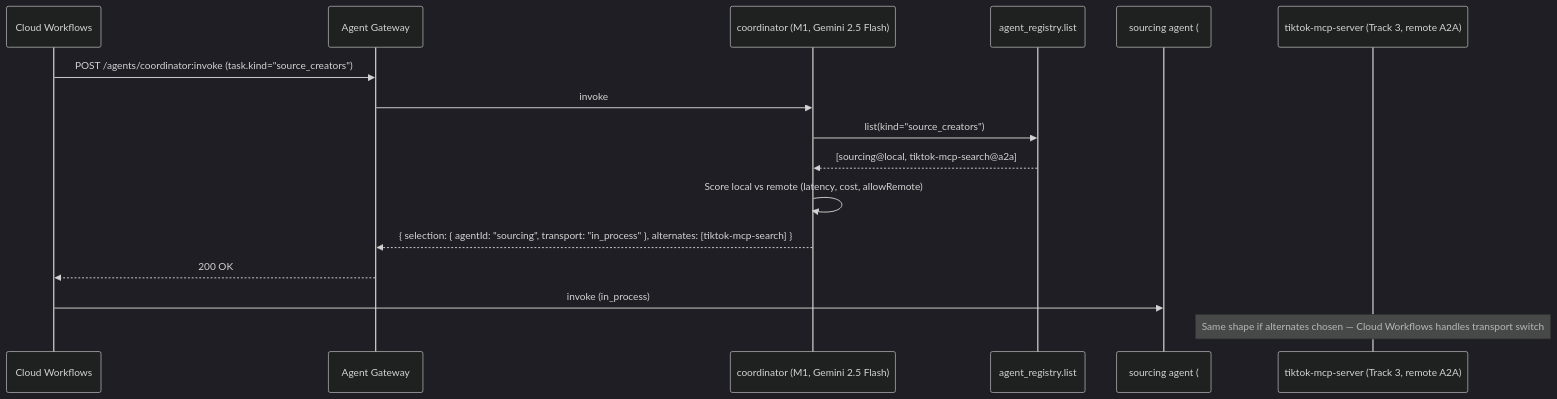
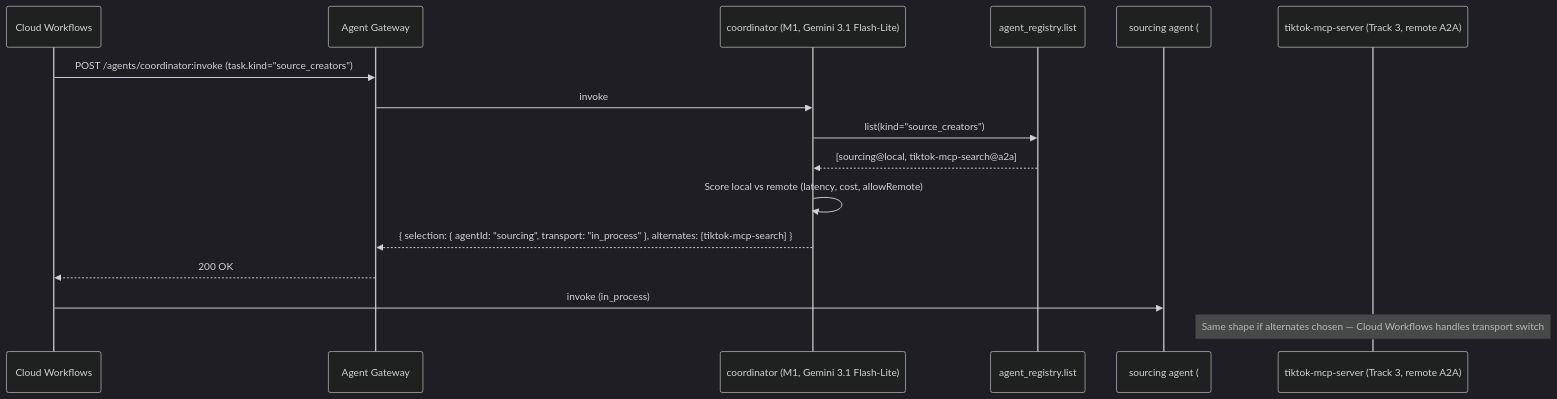
The diagram in gcp-research/specs/tier2/coordinator.spec.md (Two-Weeks-Team/social-seeding-v2-public), drawn with Mermaid (dark theme) before and after one commit. The commit also changed other lines of this file and 30 other files, not shown here.

````diff
--- a/gcp-research/specs/tier2/coordinator.spec.md
+++ b/gcp-research/specs/tier2/coordinator.spec.md
@@ -137,19 +137,19 @@
 ```mermaid
 sequenceDiagram
   participant WF as Cloud Workflows
   participant AG as Agent Gateway
-  participant CO as coordinator (M1, Gemini 2.5 Flash)
+  participant CO as coordinator (M1, Gemini 3.1 Flash-Lite)
   participant RG as agent_registry.list
   participant SO as sourcing agent (#1)
   participant TR as tiktok-mcp-server (Track 3, remote A2A)
 
   WF->>AG: POST /agents/coordinator:invoke (task.kind="source_creators")
   AG->>CO: invoke
   CO->>RG: list(kind="source_creators")
   RG-->>CO: [sourcing@local, tiktok-mcp-search@a2a]
   CO->>CO: Score local vs remote (latency, cost, allowRemote)
   CO-->>AG: { selection: { agentId: "sourcing", transport: "in_process" }, alternates: [tiktok-mcp-search] }
   AG-->>WF: 200 OK
   WF->>SO: invoke (in_process)
   Note over TR: Same shape if alternates chosen — Cloud Workflows handles transport switch
 ```
````
